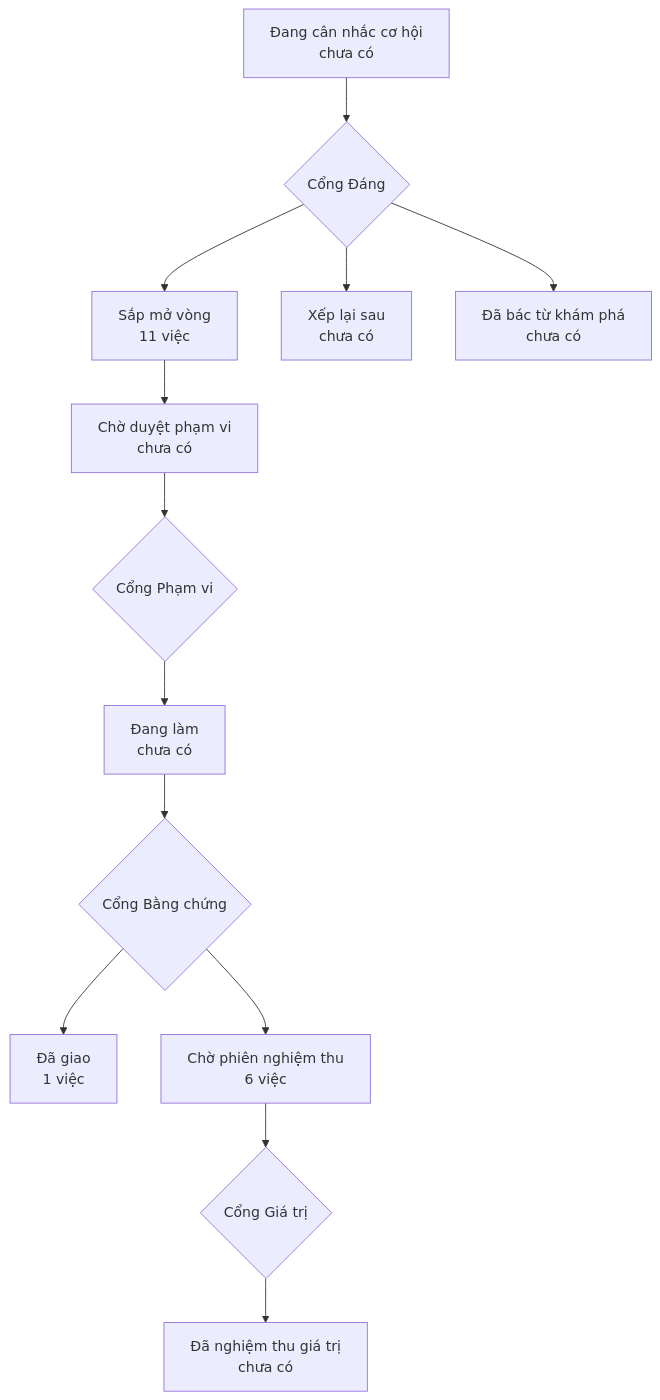
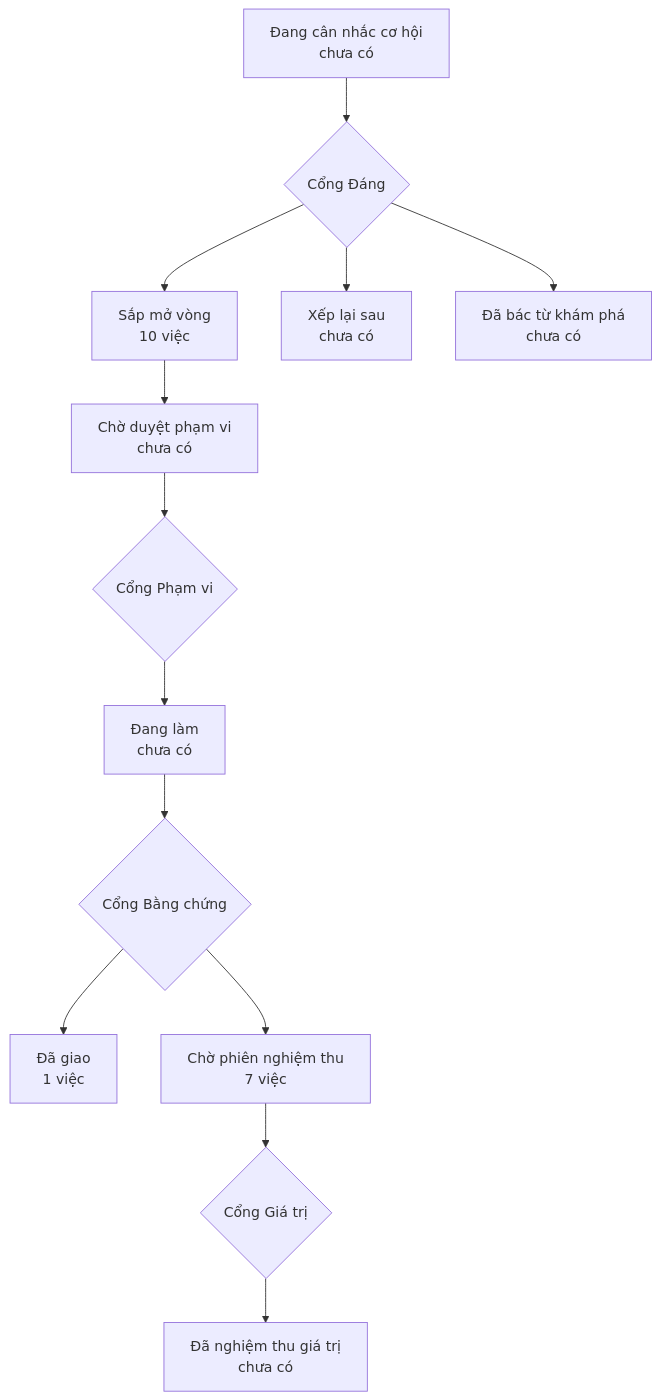
The diagram in PRODUCT-MAP.md (phanlemanh/onehub-inventory), drawn with Mermaid before and after one commit. The commit also changed 7 other files, not shown here.

````diff
--- a/PRODUCT-MAP.md
+++ b/PRODUCT-MAP.md
@@ -7,12 +7,12 @@
 ```mermaid
 flowchart TD
   A["Đang cân nhắc cơ hội<br/>chưa có"] --> GD{"Cổng Đáng"}
-  GD --> B["Sắp mở vòng<br/>11 việc"]
+  GD --> B["Sắp mở vòng<br/>10 việc"]
   GD --> XL["Xếp lại sau<br/>chưa có"]
   GD --> DB["Đã bác từ khám phá<br/>chưa có"]
   B --> CD["Chờ duyệt phạm vi<br/>chưa có"] --> GP{"Cổng Phạm vi"}
   GP --> DL["Đang làm<br/>chưa có"] --> GB{"Cổng Bằng chứng"}
   GB --> DG["Đã giao<br/>1 việc"]
-  GB --> CN["Chờ phiên nghiệm thu<br/>6 việc"] --> GG{"Cổng Giá trị"}
+  GB --> CN["Chờ phiên nghiệm thu<br/>7 việc"] --> GG{"Cổng Giá trị"}
   GG --> NT["Đã nghiệm thu giá trị<br/>chưa có"]
 ```
````
